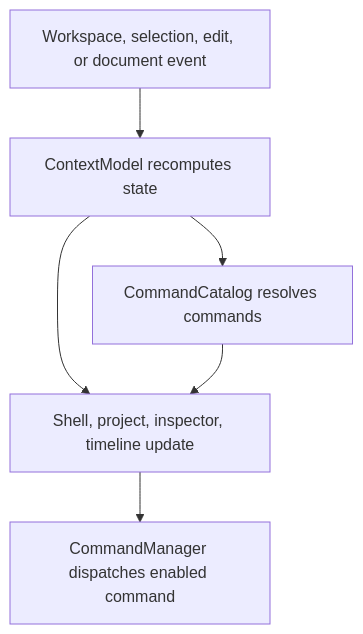
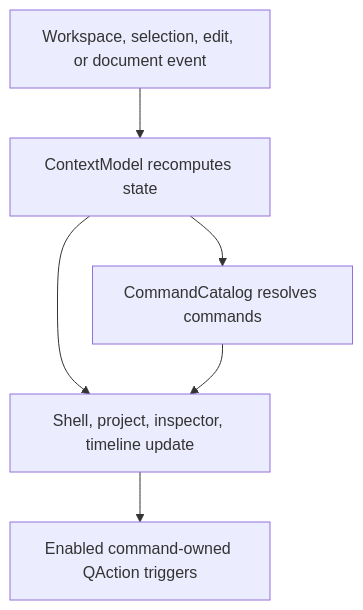
Before and after one commit to PLASMA-FR/openfusion: the second of 2 diagrams in ARCHITECTURE.md, drawn with Mermaid. The commit also changed other lines of this file and 2 other files, not shown here.

Commit message:
docs(architecture): harden workspace and command search contracts

````diff
--- a/ARCHITECTURE.md
+++ b/ARCHITECTURE.md
@@ -219,14 +221,14 @@
 ```mermaid
 flowchart TD
     EVENT["Workspace, selection, edit, or document event"]
     CONTEXT["ContextModel recomputes state"]
     COMMANDS["CommandCatalog resolves commands"]
     UI["Shell, project, inspector, timeline update"]
-    DISPATCH["CommandManager dispatches enabled command"]
+    DISPATCH["Enabled command-owned QAction triggers"]
 
     EVENT --> CONTEXT
     CONTEXT --> COMMANDS
     CONTEXT --> UI
     COMMANDS --> UI
     UI --> DISPATCH
 ```
````
